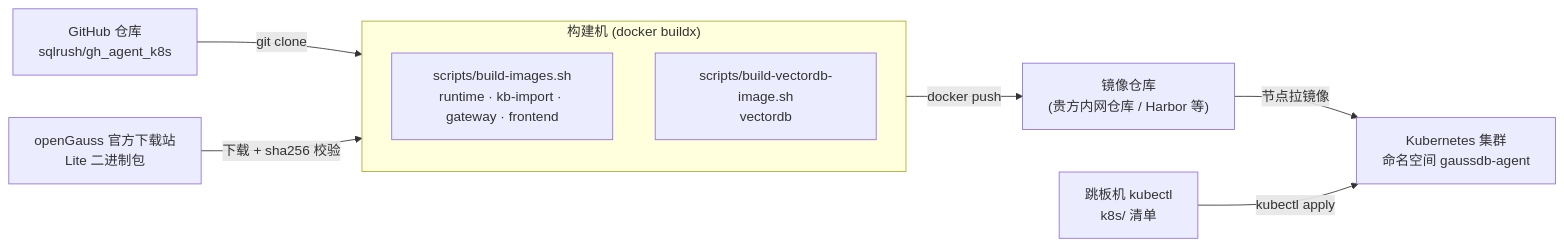
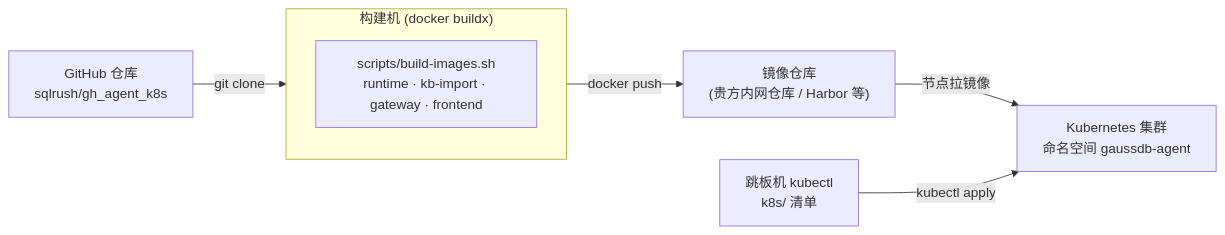
The first of 4 diagrams in docs/从源码构建到K8s运行-完整手册.md (sqlrush/gh_agent_k8s), drawn with Mermaid before and after one commit. The commit also changed other lines of this file and 78 other files, not shown here.

````diff
--- a/docs/从源码构建到K8s运行-完整手册.md
+++ b/docs/从源码构建到K8s运行-完整手册.md
@@ -31,12 +30,10 @@
 ```mermaid
 flowchart LR
     GH["GitHub 仓库<br/>sqlrush/gh_agent_k8s"] -->|git clone| BUILD
-    OG["openGauss 官方下载站<br/>Lite 二进制包"] -->|下载 + sha256 校验| BUILD
     subgraph BUILD["构建机 (docker buildx)"]
         B1["scripts/build-images.sh<br/>runtime · kb-import · gateway · frontend"]
-        B2["scripts/build-vectordb-image.sh<br/>vectordb"]
     end
     BUILD -->|docker push| REG["镜像仓库<br/>(贵方内网仓库 / Harbor 等)"]
     REG -->|节点拉镜像| K8S["Kubernetes 集群<br/>命名空间 gaussdb-agent"]
     KUBECTL["跳板机 kubectl<br/>k8s/ 清单"] -->|kubectl apply| K8S
 ```
````
